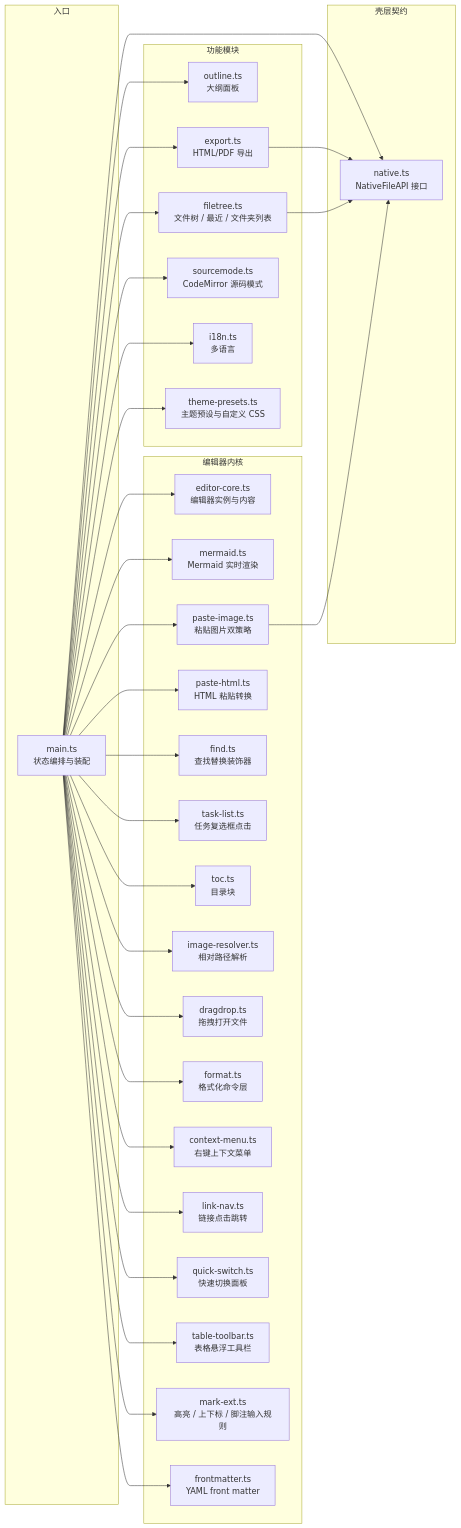
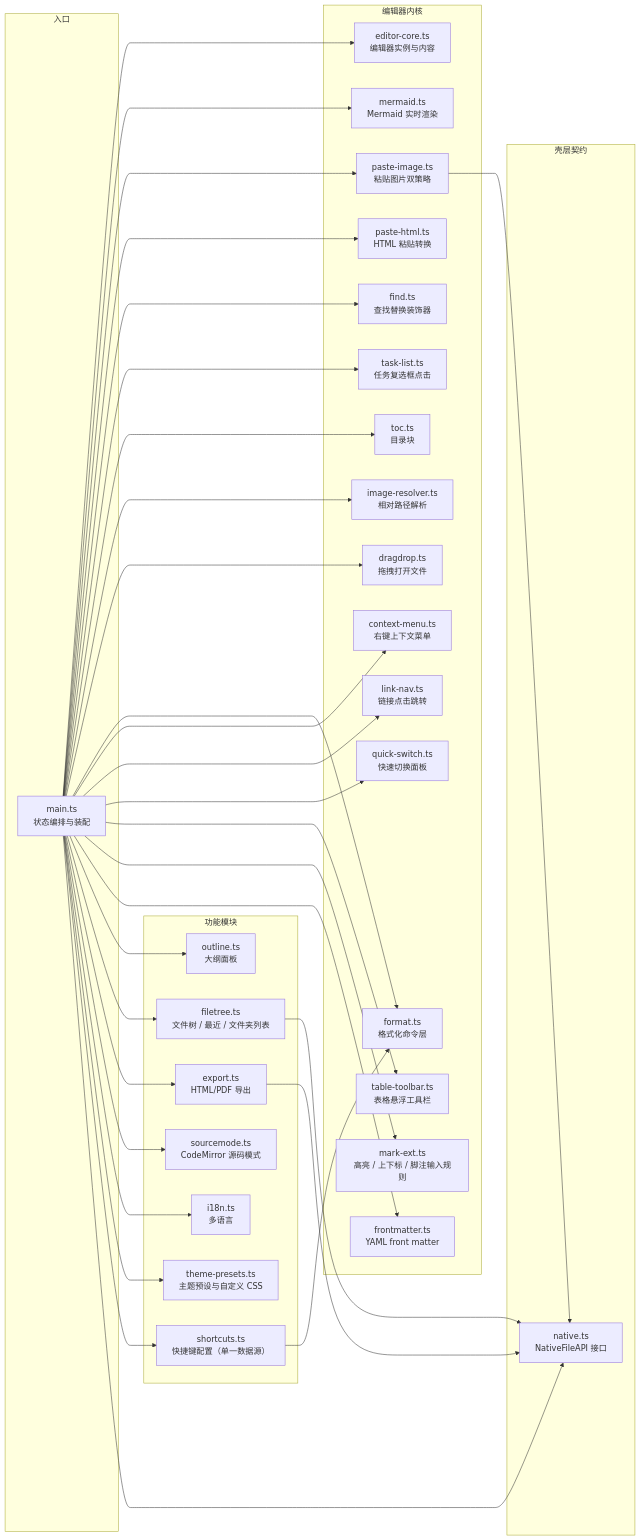
Before and after one commit to ChiangyangNPU/tmd: the third of 4 diagrams in docs/架构设计.md, drawn with Mermaid. The commit also changed other lines of this file and 18 other files, not shown here.

````diff
--- a/docs/架构设计.md
+++ b/docs/架构设计.md
@@ -85,65 +88,68 @@
 ```mermaid
 flowchart LR
     subgraph 入口
         MAIN[main.ts<br/>状态编排与装配]
     end
 
     subgraph 编辑器内核
         EDITOR[editor-core.ts<br/>编辑器实例与内容]
         MERMAID[mermaid.ts<br/>Mermaid 实时渲染]
         PASTE[paste-image.ts<br/>粘贴图片双策略]
         PASTEHTML[paste-html.ts<br/>HTML 粘贴转换]
         FIND[find.ts<br/>查找替换装饰器]
         TASK[task-list.ts<br/>任务复选框点击]
         TOC[toc.ts<br/>目录块]
         IMGRES[image-resolver.ts<br/>相对路径解析]
         DROP[dragdrop.ts<br/>拖拽打开文件]
         FMT[format.ts<br/>格式化命令层]
         CTXMENU[context-menu.ts<br/>右键上下文菜单]
         LINKNAV[link-nav.ts<br/>链接点击跳转]
         QS[quick-switch.ts<br/>快速切换面板]
         TT[table-toolbar.ts<br/>表格悬浮工具栏]
         MARKEXT[mark-ext.ts<br/>高亮 / 上下标 / 脚注输入规则]
         FM[frontmatter.ts<br/>YAML front matter]
     end
 
     subgraph 功能模块
         OUTLINE[outline.ts<br/>大纲面板]
         TREE[filetree.ts<br/>文件树 / 最近 / 文件夹列表]
         EX[export.ts<br/>HTML/PDF 导出]
         SRC[sourcemode.ts<br/>CodeMirror 源码模式]
         I18N[i18n.ts<br/>多语言]
         THEMEPRESET[theme-presets.ts<br/>主题预设与自定义 CSS]
+        SHORTCUTS[shortcuts.ts<br/>快捷键配置（单一数据源）]
     end
 
     subgraph 壳层契约
         NATIVE[native.ts<br/>NativeFileAPI 接口]
     end
 
     MAIN --> EDITOR
     MAIN --> MERMAID
     MAIN --> PASTE
     MAIN --> PASTEHTML
     MAIN --> FIND
     MAIN --> TASK
     MAIN --> TOC
     MAIN --> IMGRES
     MAIN --> DROP
     MAIN --> FMT
     MAIN --> CTXMENU
     MAIN --> LINKNAV
     MAIN --> QS
     MAIN --> TT
     MAIN --> MARKEXT
     MAIN --> FM
     MAIN --> OUTLINE
     MAIN --> TREE
     MAIN --> EX
     MAIN --> SRC
     MAIN --> I18N
     MAIN --> THEMEPRESET
+    MAIN --> SHORTCUTS
     MAIN --> NATIVE
     EX --> NATIVE
     TREE --> NATIVE
     PASTE --> NATIVE
+    SHORTCUTS --> FMT
 ```
````
